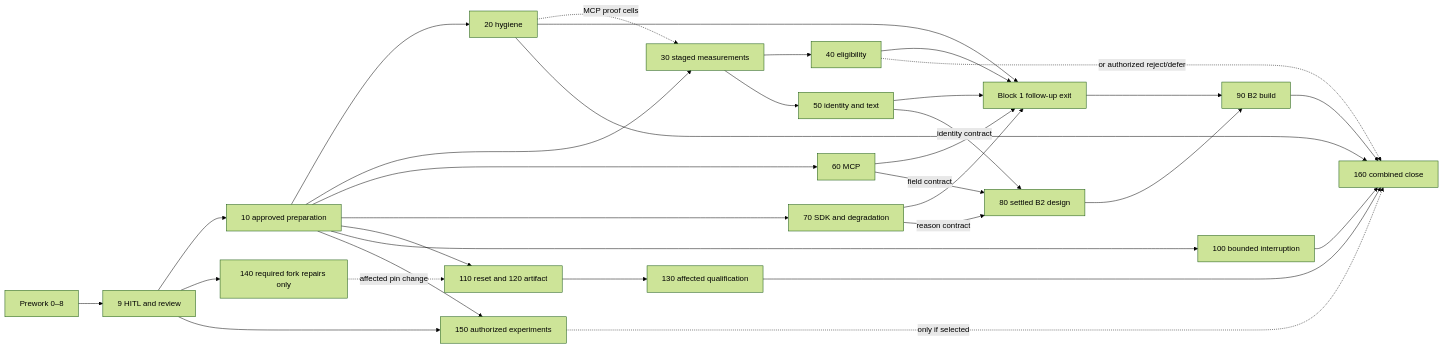
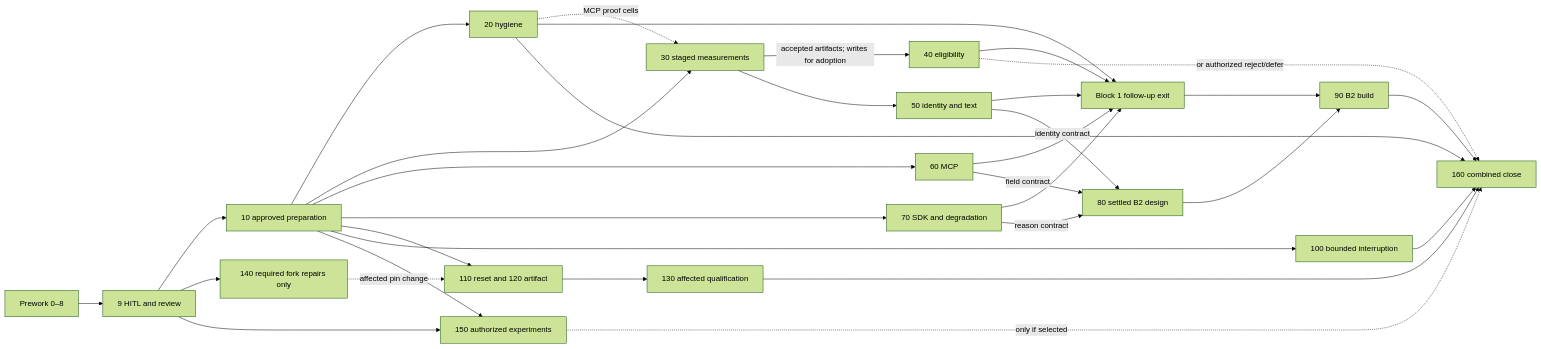
The diagram in dev/plans/plan-0.8.29.md (fathomadb/fathomdb), drawn with Mermaid (forest theme) before and after one commit. The commit also changed other lines of this file and 8 other files, not shown here.

````diff
--- a/dev/plans/plan-0.8.29.md
+++ b/dev/plans/plan-0.8.29.md
@@ -266,35 +270,35 @@
 ```mermaid
 flowchart LR
     P[Prework 0–8] --> H[9 HITL and review]
     H --> S[10 approved preparation]
     S --> T[20 hygiene]
     S --> M[30 staged measurements]
     T -. MCP proof cells .-> M
     T --> E[Block 1 follow-up exit]
-    M --> C[40 eligibility]
+    M -->|accepted artifacts; writes for adoption| C[40 eligibility]
     M --> F[50 identity and text]
     S --> A[60 MCP]
     S --> D[70 SDK and degradation]
     C --> E
     F --> E
     A --> E
     D --> E
     A -->|field contract| B[80 settled B2 design]
     F -->|identity contract| B
     D -->|reason contract| B
     B --> I[90 B2 build]
     E --> I
     H --> K[140 required fork repairs only]
     S --> R[110 reset and 120 artifact]
     K -. affected pin change .-> R
     R --> Q[130 affected qualification]
     S --> X[100 bounded interruption]
     H --> U[150 authorized experiments]
     S --> U
     I --> Z[160 combined close]
     X --> Z
     Q --> Z
     U -. only if selected .-> Z
     T --> Z
     C -. or authorized reject/defer .-> Z
 ```
````
